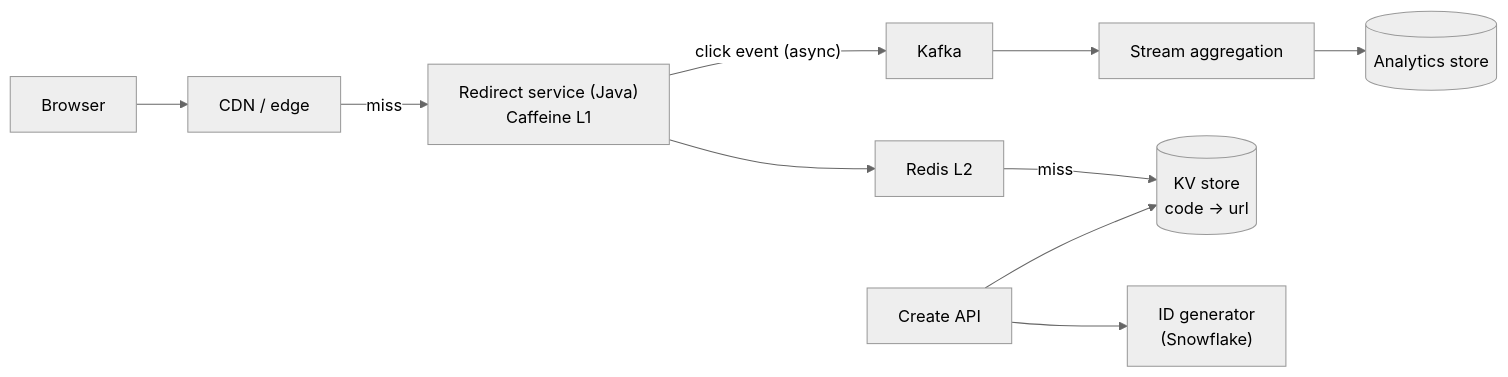
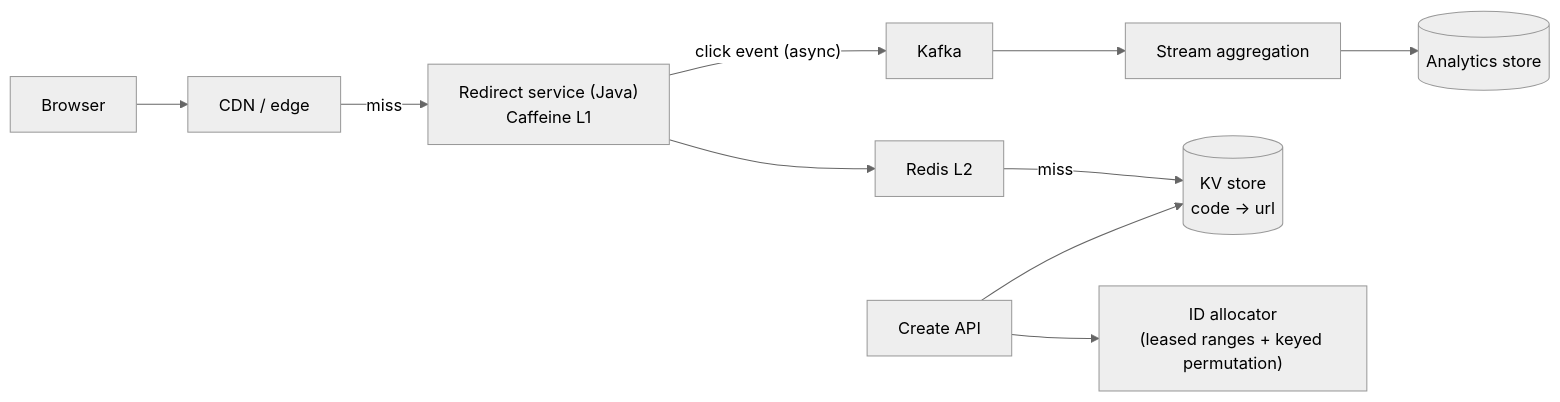
The second of 4 diagrams in 24-system-design-for-java-architects.md (SaiRohitSingampalli/java), drawn with Mermaid (neutral theme) before and after one commit. The commit also changed other lines of this file and 114 other files, not shown here.

````diff
--- a/24-system-design-for-java-architects.md
+++ b/24-system-design-for-java-architects.md
@@ -246,10 +269,10 @@
 ```mermaid
 flowchart LR
     U["Browser"] --> CDN["CDN / edge"]
     CDN -->|"miss"| API["Redirect service (Java)<br/>Caffeine L1"]
     API --> R["Redis L2"]
     R -->|"miss"| DB[("KV store<br/>code → url")]
     API -- "click event (async)" --> K["Kafka"] --> AGG["Stream aggregation"] --> OLAP[("Analytics store")]
-    C["Create API"] --> IDG["ID generator<br/>(Snowflake)"]
+    C["Create API"] --> IDG["ID allocator<br/>(leased ranges + keyed permutation)"]
     C --> DB
 ```
````
